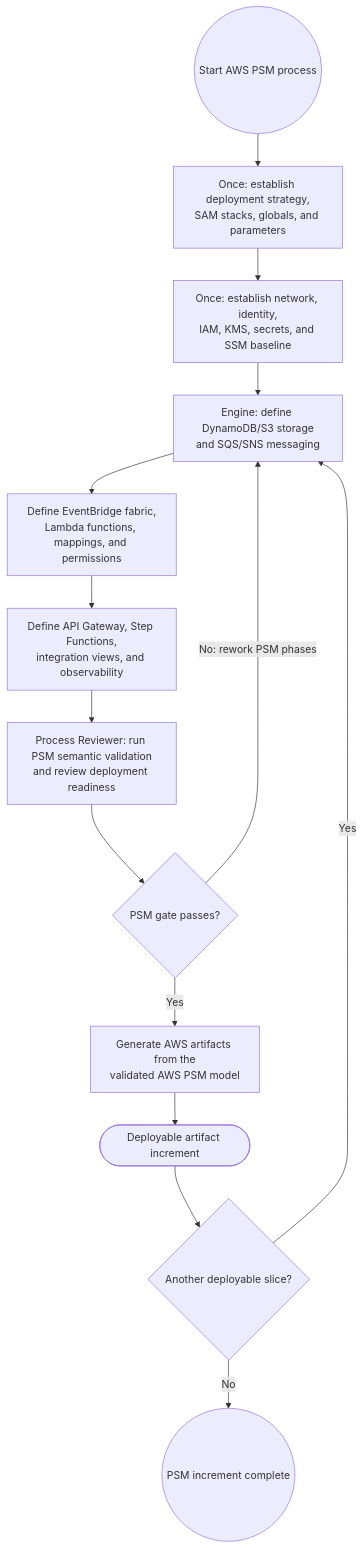
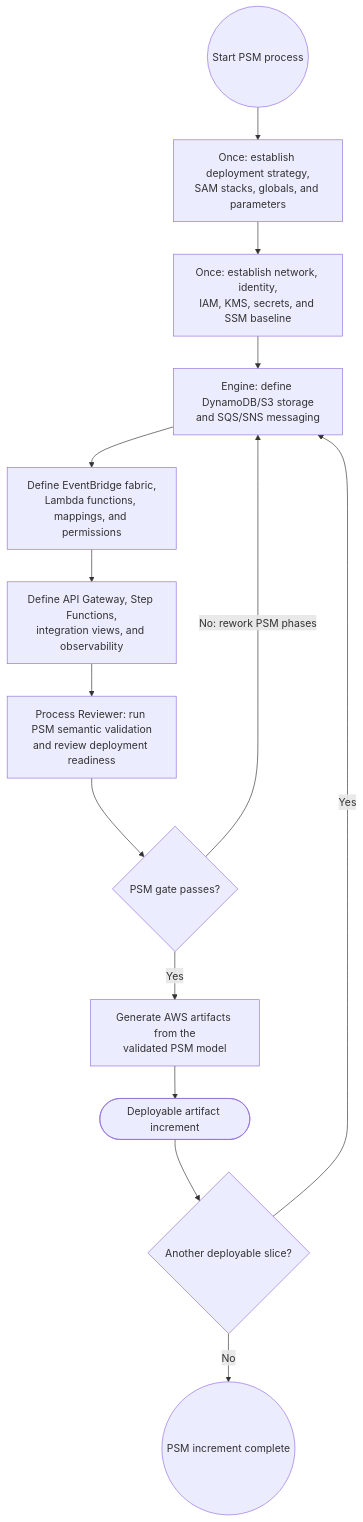
Before and after one commit to mehdieidi/modriss: the diagram in docs/diagrams/32-psm-methodology-activity.md, drawn with Mermaid. The commit also changed other lines of this file and 193 other files, not shown here.

Commit message:
docs: change aws psm to psm

````diff
--- a/docs/diagrams/32-psm-methodology-activity.md
+++ b/docs/diagrams/32-psm-methodology-activity.md
@@ -5,16 +5,16 @@
 ```mermaid
 flowchart TD
-    start((Start AWS PSM process)) --> foundation["Once: establish deployment strategy,<br/>SAM stacks, globals, and parameters"]
+    start((Start PSM process)) --> foundation["Once: establish deployment strategy,<br/>SAM stacks, globals, and parameters"]
     foundation --> network["Once: establish network, identity,<br/>IAM, KMS, secrets, and SSM baseline"]
     network --> storage["Engine: define DynamoDB/S3 storage<br/>and SQS/SNS messaging"]
     storage --> compute["Define EventBridge fabric,<br/>Lambda functions, mappings, and permissions"]
     compute --> api["Define API Gateway, Step Functions,<br/>integration views, and observability"]
     api --> review["Process Reviewer: run PSM semantic validation<br/>and review deployment readiness"]
     review --> passed{"PSM gate passes?"}
     passed -- "No: rework PSM phases" --> storage
-    passed -- "Yes" --> generate["Generate AWS artifacts from the<br/>validated AWS PSM model"]
+    passed -- "Yes" --> generate["Generate AWS artifacts from the<br/>validated PSM model"]
     generate --> ready(["Deployable artifact increment"])
     ready --> more{"Another deployable slice?"}
     more -- "Yes" --> storage
     more -- "No" --> done((PSM increment complete))
 ```
````
